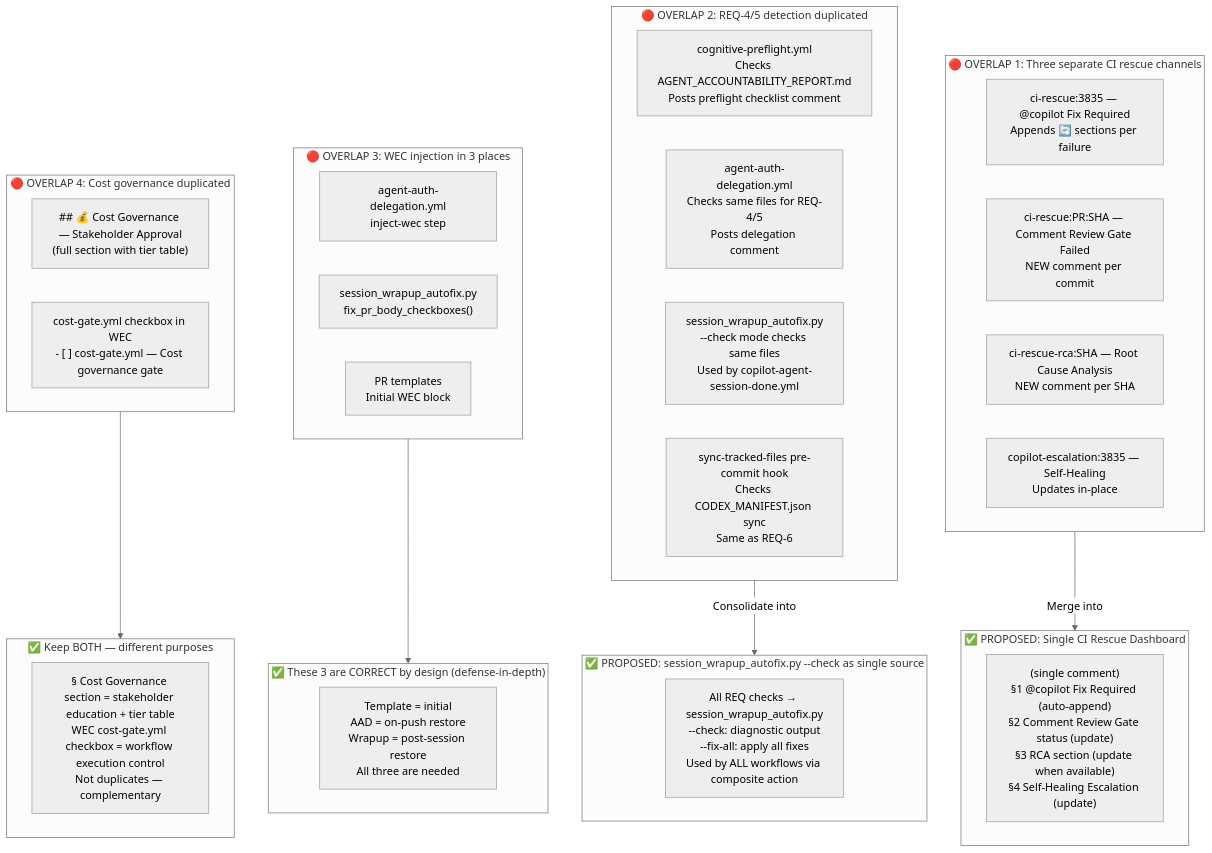
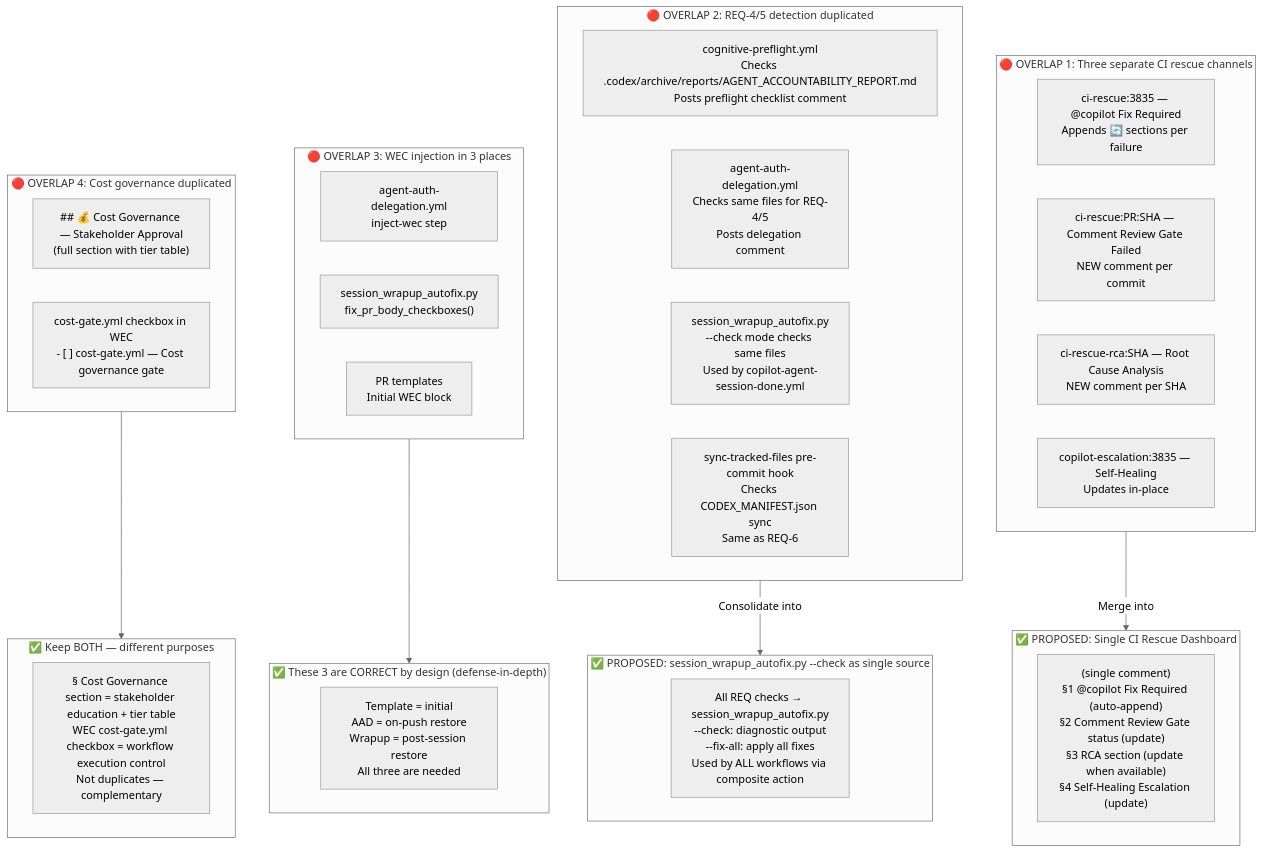
One commit to Aries-Serpent/_codex_ changed the sixth of 9 diagrams in docs/workflows/PR_COMMENT_LIFECYCLE.md. Above: the diagram before and after it, drawn with Mermaid (neutral theme). The commit also changed other lines of this file and 1343 other files, not shown here.

````diff
--- a/docs/workflows/PR_COMMENT_LIFECYCLE.md
+++ b/docs/workflows/PR_COMMENT_LIFECYCLE.md
@@ -230,52 +230,52 @@
 ```mermaid
 %%{init: {'accessibility': {'title': 'Flowchart showing "🔴 OVERLAP 1: Three separate CI rescue channels", "ci-rescue:3835 — @copilot Fix Required\nAppends 🔄 sections per failure"'}}%%
 flowchart TD
     subgraph OVERLAP_1["🔴 OVERLAP 1: Three separate CI rescue channels"]
         CR1["ci-rescue:3835 — @copilot Fix Required\nAppends 🔄 sections per failure"]
         CR2["ci-rescue:PR:SHA — Comment Review Gate Failed\nNEW comment per commit"]
         CR3["ci-rescue-rca:SHA — Root Cause Analysis\nNEW comment per SHA"]
         COP_ESC["copilot-escalation:3835 — Self-Healing\nUpdates in-place"]
     end
 
     subgraph CONSOLIDATE_1["✅ PROPOSED: Single CI Rescue Dashboard"]
         UNIFIED["<!-- ci-rescue:PR --> (single comment)\n§1 @copilot Fix Required (auto-append)\n§2 Comment Review Gate status (update)\n§3 RCA section (update when available)\n§4 Self-Healing Escalation (update)"]
     end
 
     OVERLAP_1 --> |"Merge into"| CONSOLIDATE_1
 
     subgraph OVERLAP_2["🔴 OVERLAP 2: REQ-4/5 detection duplicated"]
-        WF1["cognitive-preflight.yml\nChecks AGENT_ACCOUNTABILITY_REPORT.md\nPosts preflight checklist comment"]
+        WF1["cognitive-preflight.yml\nChecks .codex/archive/reports/AGENT_ACCOUNTABILITY_REPORT.md\nPosts preflight checklist comment"]
         WF2["agent-auth-delegation.yml\nChecks same files for REQ-4/5\nPosts delegation comment"]
         WF3["session_wrapup_autofix.py\n--check mode checks same files\nUsed by copilot-agent-session-done.yml"]
         WF4["sync-tracked-files pre-commit hook\nChecks CODEX_MANIFEST.json sync\nSame as REQ-6"]
     end
 
     subgraph CONSOLIDATE_2["✅ PROPOSED: session_wrapup_autofix.py --check as single source"]
         UNIFIED2["All REQ checks → session_wrapup_autofix.py\n--check: diagnostic output\n--fix-all: apply all fixes\nUsed by ALL workflows via composite action"]
     end
 
     OVERLAP_2 --> |"Consolidate into"| CONSOLIDATE_2
 
     subgraph OVERLAP_3["🔴 OVERLAP 3: WEC injection in 3 places"]
         INJ1["agent-auth-delegation.yml\ninject-wec step"]
         INJ2["session_wrapup_autofix.py\nfix_pr_body_checkboxes()"]
         INJ3["PR templates\nInitial WEC block"]
     end
 
     subgraph CONSOLIDATE_3["✅ These 3 are CORRECT by design (defense-in-depth)"]
         LAYERED["Template = initial\nAAD = on-push restore\nWrapup = post-session restore\nAll three are needed"]
     end
 
     OVERLAP_3 --> CONSOLIDATE_3
 
     subgraph OVERLAP_4["🔴 OVERLAP 4: Cost governance duplicated"]
         COST1["## 💰 Cost Governance — Stakeholder Approval\n(full section with tier table)"]
         COST2["cost-gate.yml checkbox in WEC\n- [ ] cost-gate.yml — Cost governance gate"]
     end
 
     subgraph CONSOLIDATE_4["✅ Keep BOTH — different purposes"]
         KEEP["§ Cost Governance section = stakeholder education + tier table\nWEC cost-gate.yml checkbox = workflow execution control\nNot duplicates — complementary"]
     end
 
     OVERLAP_4 --> CONSOLIDATE_4
 ```
````
